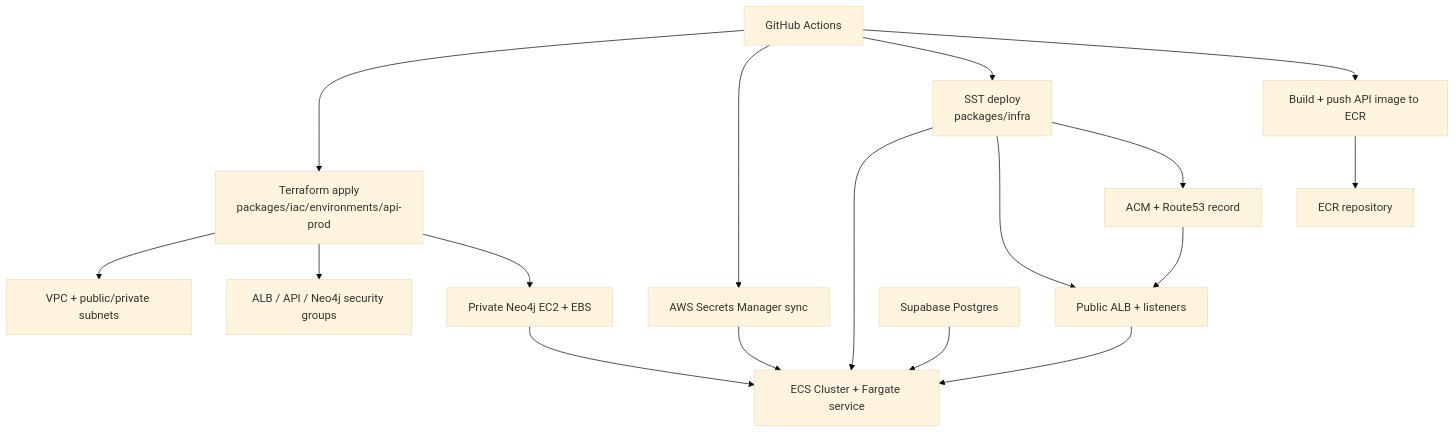
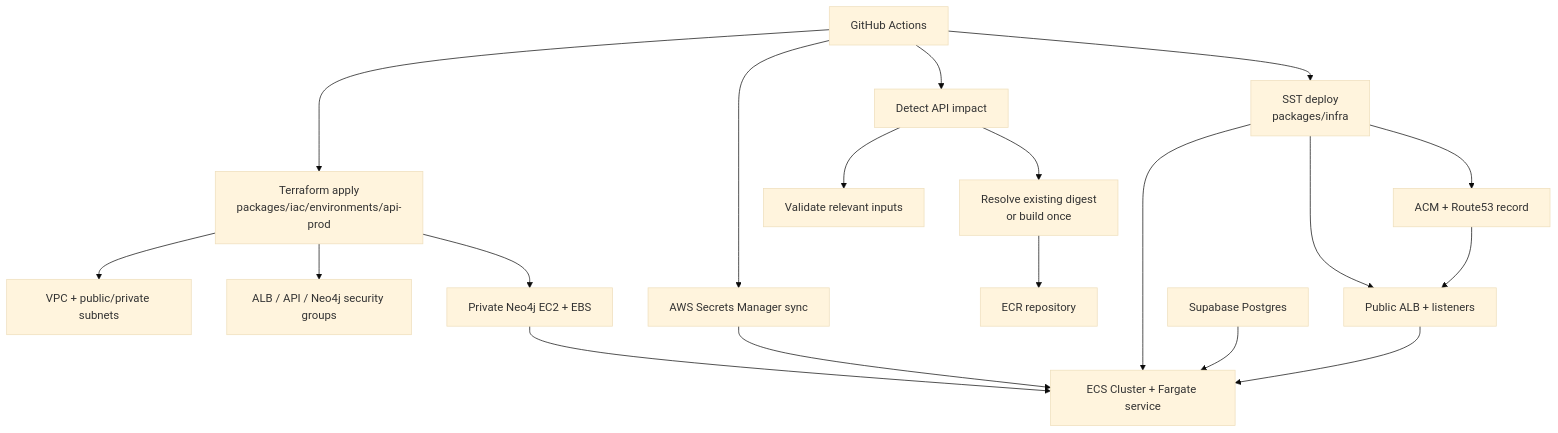
One commit to edwardcalderon/ComputeIntelligenceGraph changed the diagram in docs/deployment/api-aws.md. Above: the diagram before and after it, drawn with Mermaid (base theme). The commit also changed other lines of this file and 26 other files, not shown here.

````diff
--- a/docs/deployment/api-aws.md
+++ b/docs/deployment/api-aws.md
@@ -18,22 +18,24 @@
 ```mermaid
 flowchart TD
   GH[GitHub Actions] --> TF[Terraform apply<br/>packages/iac/environments/api-prod]
   GH --> SM[AWS Secrets Manager sync]
+  GH --> DET[Detect API impact]
+  DET --> VAL[Validate relevant inputs]
+  DET --> IMG[Resolve existing digest<br/>or build once]
   GH --> SST[SST deploy<br/>packages/infra]
-  GH --> IMG[Build + push API image to ECR]
 
   TF --> VPC[VPC + public/private subnets]
   TF --> SG[ALB / API / Neo4j security groups]
   TF --> NEO[Private Neo4j EC2 + EBS]
 
   IMG --> ECR[ECR repository]
   SST --> ECS[ECS Cluster + Fargate service]
   SST --> ALB[Public ALB + listeners]
   SST --> DNS[ACM + Route53 record]
   SM --> ECS
   NEO --> ECS
   PG[Supabase Postgres] --> ECS
 
   ALB --> ECS
   DNS --> ALB
 ```
````
